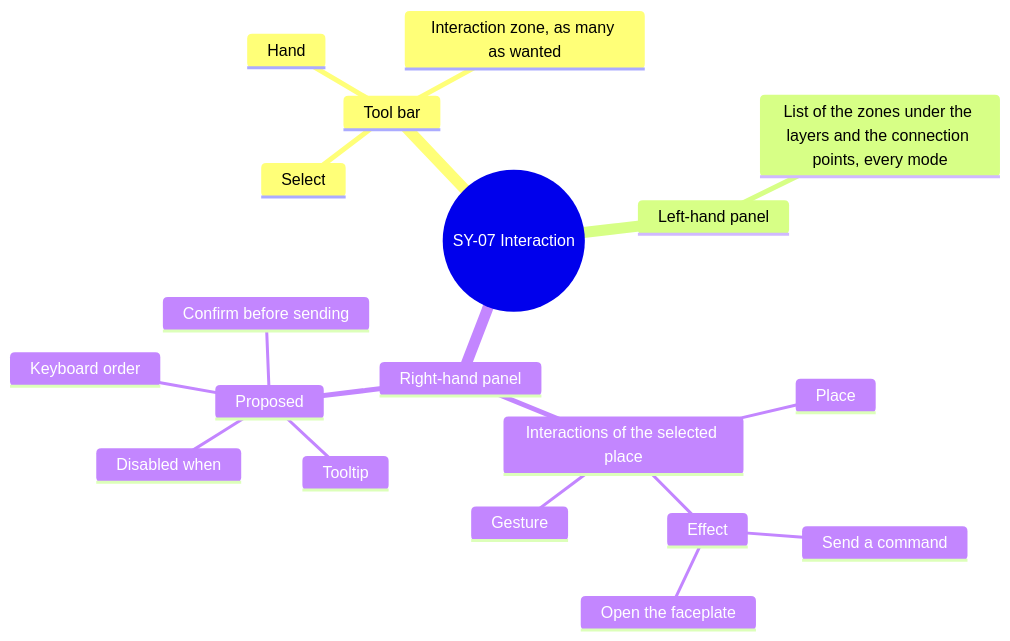
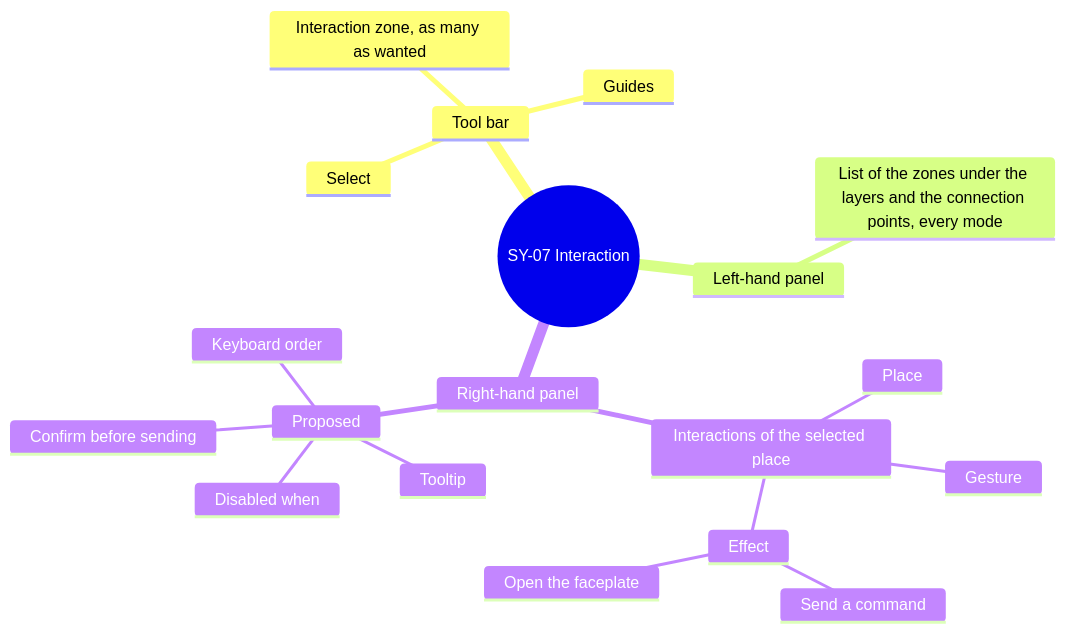
One commit to AlexandreGallais/synoptic-studio-spec changed the ninth of 16 diagrams in screens/symbols.md. Above: the diagram before and after it, drawn with Mermaid. The commit also changed other lines of this file and 32 other files, not shown here.

````diff
--- a/screens/symbols.md
+++ b/screens/symbols.md
@@ -411,22 +411,22 @@
 ```mermaid
 mindmap
   root((SY-07 Interaction))
     Tool bar
       Select
-      Hand
       Interaction zone, as many as wanted
+      Guides
     Left-hand panel
       List of the zones under the layers and the connection points, every mode
     Right-hand panel
       Interactions of the selected place
         Place
         Gesture
         Effect
           Send a command
           Open the faceplate
       Proposed
         Disabled when
         Confirm before sending
         Tooltip
         Keyboard order
 ```
````
